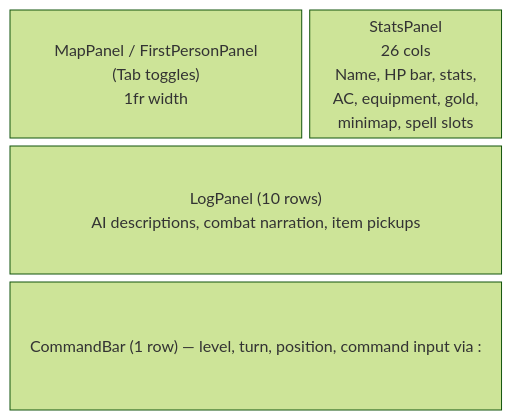
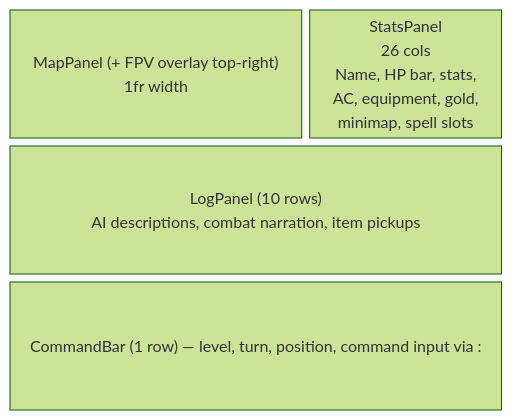
Before and after one commit to rondilley/DungeonsOfDreagoth: the fifth of 8 diagrams in doc/ARCHITECTURE.md, drawn with Mermaid (forest theme). The commit also changed other lines of this file and 40 other files, not shown here.

````diff
--- a/doc/ARCHITECTURE.md
+++ b/doc/ARCHITECTURE.md
@@ -328,11 +388,11 @@
 ```mermaid
 block-beta
     columns 5
 
-    Map["MapPanel / FirstPersonPanel<br/>(Tab toggles)<br/>1fr width"]:3
+    Map["MapPanel (+ FPV overlay top-right)<br/>1fr width"]:3
     Stats["StatsPanel<br/>26 cols<br/>Name, HP bar, stats,<br/>AC, equipment, gold,<br/>minimap, spell slots"]:2
 
     Log["LogPanel (10 rows)<br/>AI descriptions, combat narration, item pickups"]:5
 
     Cmd["CommandBar (1 row) — level, turn, position, command input via :"]:5
 ```
````
